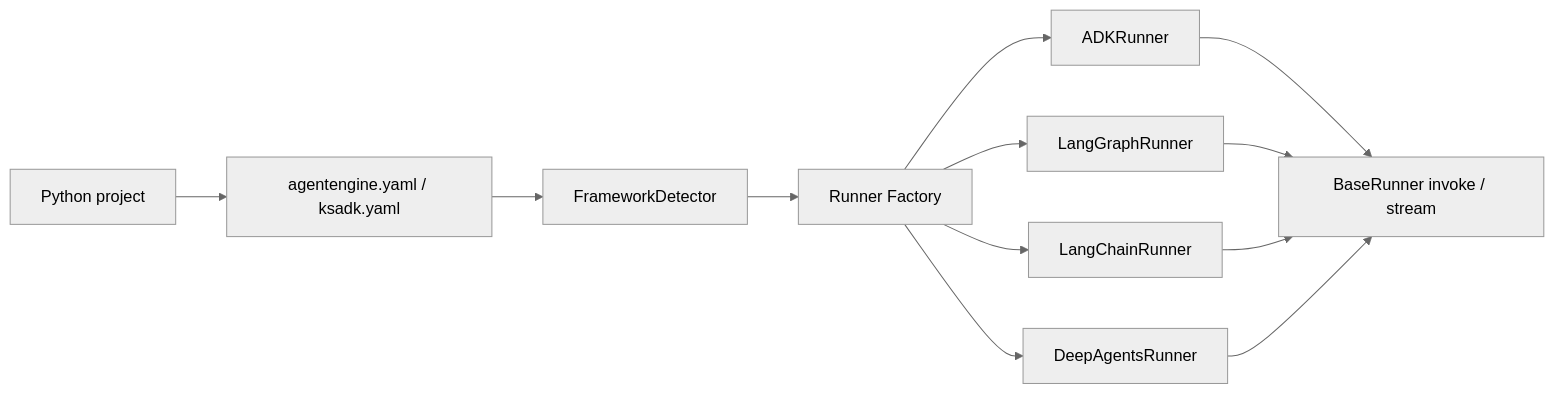
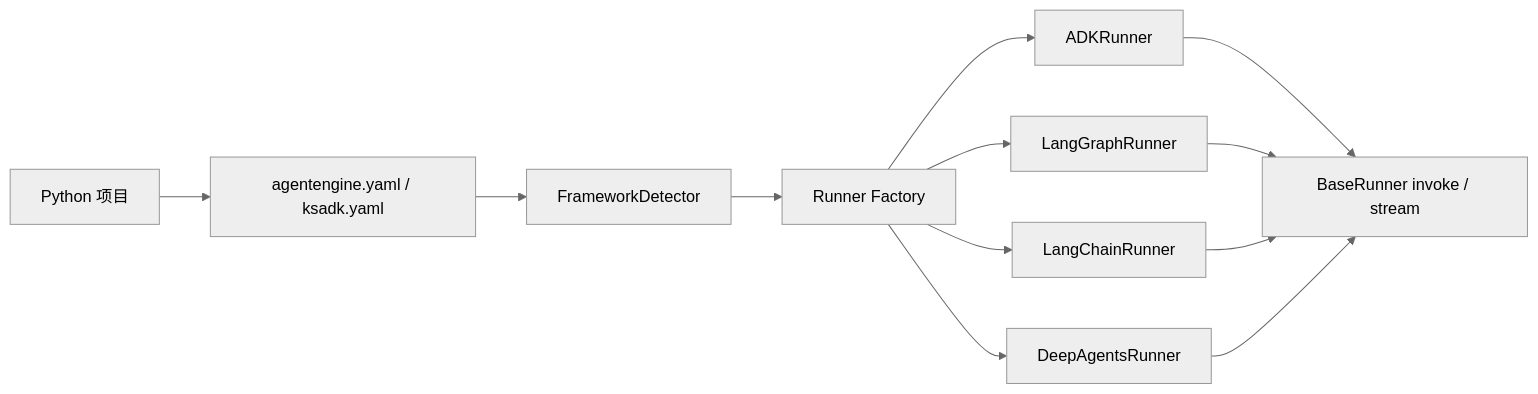
Before and after one commit to kingsoftcloud/ksadk-python: the second of 3 diagrams in public-docs/getting-started/concepts.md, drawn with Mermaid (neutral theme). The commit also changed other lines of this file and 107 other files, not shown here.

````diff
--- a/public-docs/getting-started/concepts.md
+++ b/public-docs/getting-started/concepts.md
@@ -50,14 +48,14 @@
 ```mermaid
 flowchart LR
-  Project["Python project"] --> Config["agentengine.yaml / ksadk.yaml"]
+  Project["Python 项目"] --> Config["agentengine.yaml / ksadk.yaml"]
   Config --> Detector["FrameworkDetector"]
   Detector --> Factory["Runner Factory"]
   Factory --> ADK["ADKRunner"]
   Factory --> LG["LangGraphRunner"]
   Factory --> LC["LangChainRunner"]
   Factory --> DA["DeepAgentsRunner"]
   ADK --> Contract["BaseRunner invoke / stream"]
   LG --> Contract
   LC --> Contract
   DA --> Contract
 ```
````
